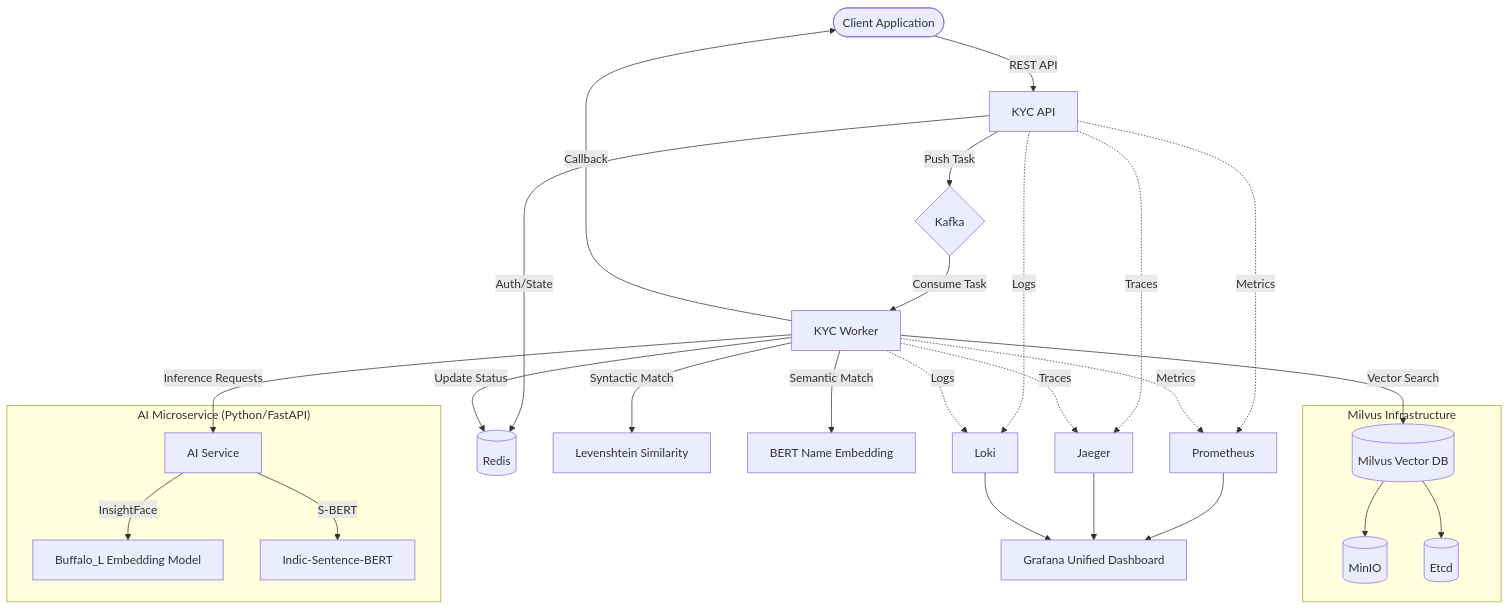
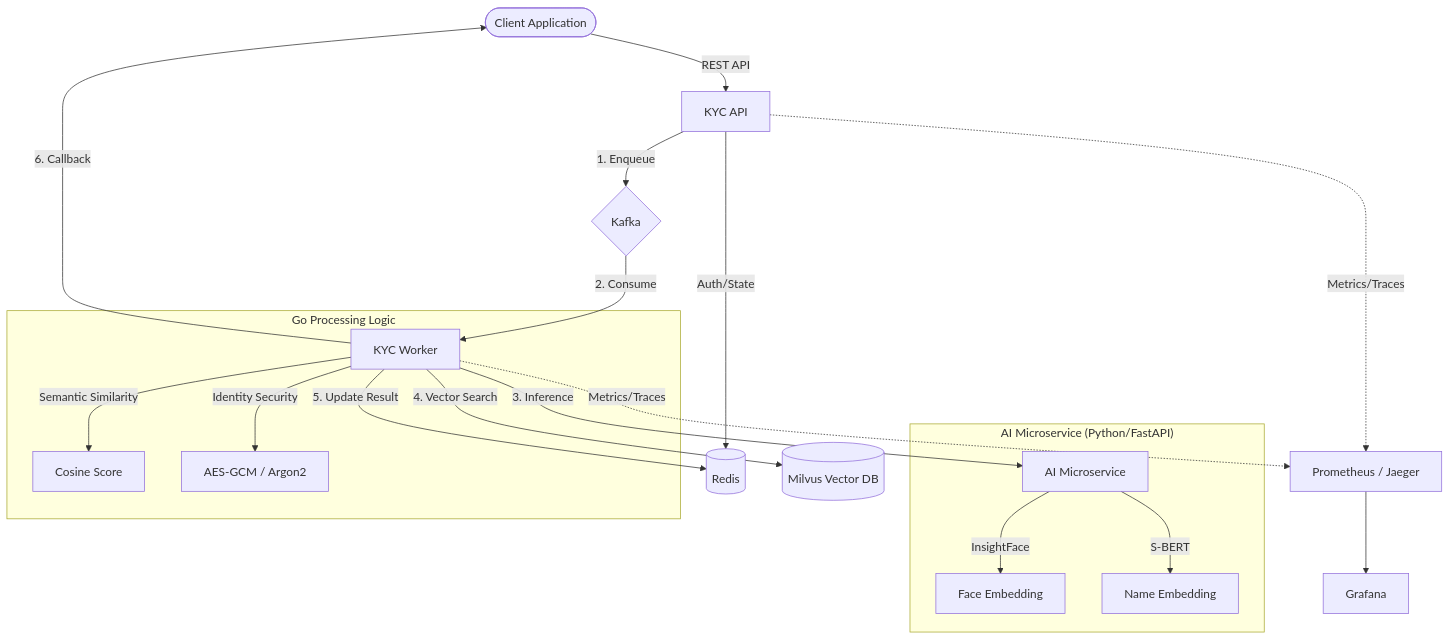
Before and after one commit to Vk1033/goverify-engine: the diagram in README.md, drawn with Mermaid. The commit also changed other lines of this file and 1 other file, not shown here.

Commit message:
docs: update architectural documentation and diagrams to reflect multi-modal verification and demographic hashing implementation.

````diff
--- a/README.md
+++ b/README.md
@@ -29,45 +29,35 @@
 ```mermaid
 graph TD
     %% External
     Client([Client Application]) -->|REST API| API[KYC API]
     API -->|Auth/State| Redis[(Redis)]
     
     %% Orchestration
-    API -->|Push Task| Kafka{Kafka}
-    Kafka -->|Consume Task| Worker[KYC Worker]
+    API -->|1. Enqueue| Kafka{Kafka}
+    Kafka -->|2. Consume| Worker[KYC Worker]
     
     %% Processing
-    Worker -->|Inference Requests| AI[AI Service]
+    Worker -->|3. Inference| AI[AI Microservice]
     subgraph "AI Microservice (Python/FastAPI)"
-        AI -->|InsightFace| FaceModel[Buffalo_L Embedding Model]
-        AI -->|S-BERT| NameModel[Indic-Sentence-BERT]
+        AI -->|InsightFace| FaceModel[Face Embedding]
+        AI -->|S-BERT| NameModel[Name Embedding]
     end
     
-    Worker -->|Syntactic Match| Lev[Levenshtein Similarity]
-    Worker -->|Semantic Match| BERT[BERT Name Embedding]
+    %% Business Logic
+    subgraph "Go Processing Logic"
+        Worker -->|Semantic Similarity| Cosine[Cosine Score]
+        Worker -->|Identity Security| AES[AES-GCM / Argon2]
+    end
     
     %% Data Store
-    Worker -->|Vector Search| Milvus[(Milvus Vector DB)]
-    subgraph "Milvus Infrastructure"
-        Milvus --> MinIO[(MinIO)]
-        Milvus --> Etcd[(Etcd)]
-    end
+    Worker -->|4. Vector Search| Milvus[(Milvus Vector DB)]
     
     %% Status & Callbacks
-    Worker -->|Update Status| Redis
-    Worker -->|Callback| Client
+    Worker -->|5. Update Result| Redis
+    Worker -->|6. Callback| Client
     
     %% Observability
-    API -.->|Metrics| Prom[Prometheus]
-    Worker -.->|Metrics| Prom
-    
-    API -.->|Traces| Jaeger[Jaeger]
-    Worker -.->|Traces| Jaeger
-    
-    API -.->|Logs| Loki[Loki]
-    Worker -.->|Logs| Loki
-    
-    Prom --> Grafana[Grafana Unified Dashboard]
-    Jaeger --> Grafana
-    Loki --> Grafana
+    API -.->|Metrics/Traces| Prom[Prometheus / Jaeger]
+    Worker -.->|Metrics/Traces| Prom
+    Prom --> Grafana[Grafana]
 ```
````
